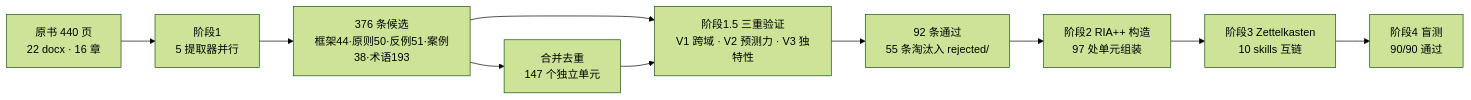
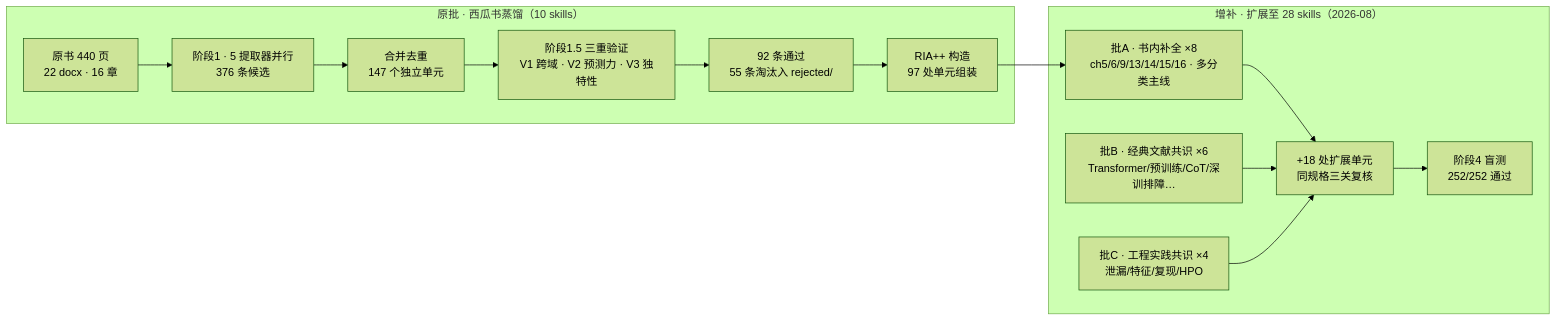
One commit to fieldlu/Machine-learning-skills changed the diagram in README.md. Above: the diagram before and after it, drawn with Mermaid (forest theme). The commit also changed other lines of this file and 60 other files, not shown here.

````diff
--- a/README.md
+++ b/README.md
@@ -105,12 +178,22 @@
 ```mermaid
 graph LR
-    A[原书 440 页<br/>22 docx · 16 章] --> B[阶段1<br/>5 提取器并行]
-    B --> C[376 条候选<br/>框架44·原则50·反例51·案例38·术语193]
-    C --> D["阶段1.5 三重验证<br/>V1 跨域 · V2 预测力 · V3 独特性"]
-    C --> M["合并去重<br/>147 个独立单元"]
-    M --> D
-    D --> E[92 条通过<br/>55 条淘汰入 rejected/]
-    E --> F[阶段2 RIA++ 构造<br/>97 处单元组装]
-    F --> G[阶段3 Zettelkasten<br/>10 skills 互链]
-    G --> H[阶段4 盲测<br/>90/90 通过]
+    subgraph ORIG["原批 · 西瓜书蒸馏（10 skills）"]
+        A["原书 440 页<br/>22 docx · 16 章"] --> B["阶段1 · 5 提取器并行<br/>376 条候选"]
+        B --> C["合并去重<br/>147 个独立单元"]
+        C --> D["阶段1.5 三重验证<br/>V1 跨域 · V2 预测力 · V3 独特性"]
+        D --> E["92 条通过<br/>55 条淘汰入 rejected/"]
+        E --> F["RIA++ 构造<br/>97 处单元组装"]
+    end
+    subgraph EXT["增补 · 扩展至 28 skills（2026-08）"]
+        G["批A · 书内补全 ×8<br/>ch5/6/9/13/14/15/16 · 多分类主线"]
+        H["批B · 经典文献共识 ×6<br/>Transformer/预训练/CoT/深训排障…"]
+        I["批C · 工程实践共识 ×4<br/>泄漏/特征/复现/HPO"]
+        J["+18 处扩展单元<br/>同规格三关复核"]
+        K["阶段4 盲测<br/>252/252 通过"]
+    end
+    F --> G
+    G --> J
+    H --> J
+    I --> J
+    J --> K
 ```
````
